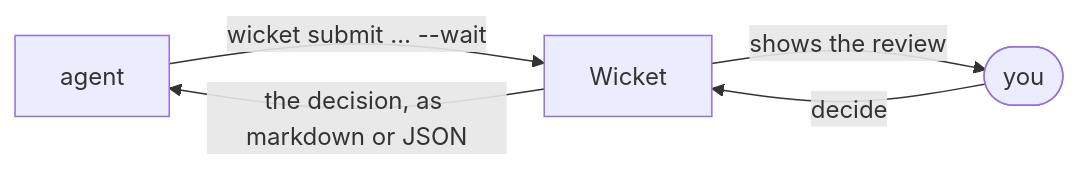
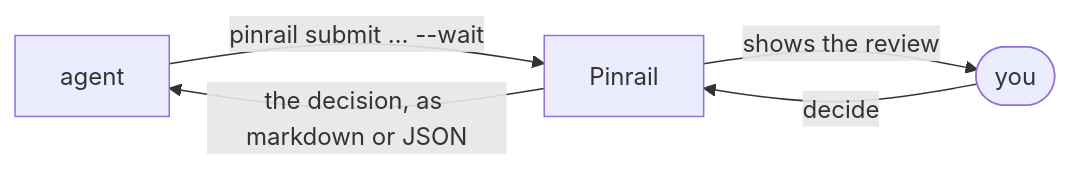
One commit to forgeplane/pinrail changed the diagram in docs/index.md. Above: the diagram before and after it, drawn with Mermaid. The commit also changed other lines of this file and 248 other files, not shown here.

Commit message:
Rename Wicket to Pinrail

````diff
--- a/docs/index.md
+++ b/docs/index.md
@@ -22,7 +22,7 @@
 ```mermaid title="An agent asks, you decide, it carries on"
 flowchart LR
-  A["agent"] -->|"wicket submit … --wait"| W["Wicket"]
+  A["agent"] -->|"pinrail submit … --wait"| W["Pinrail"]
   W -->|"shows the review"| Y(["you"]):::you
   Y -->|"decide"| W
   W -->|"the decision, as markdown or JSON"| A
 ```
````
